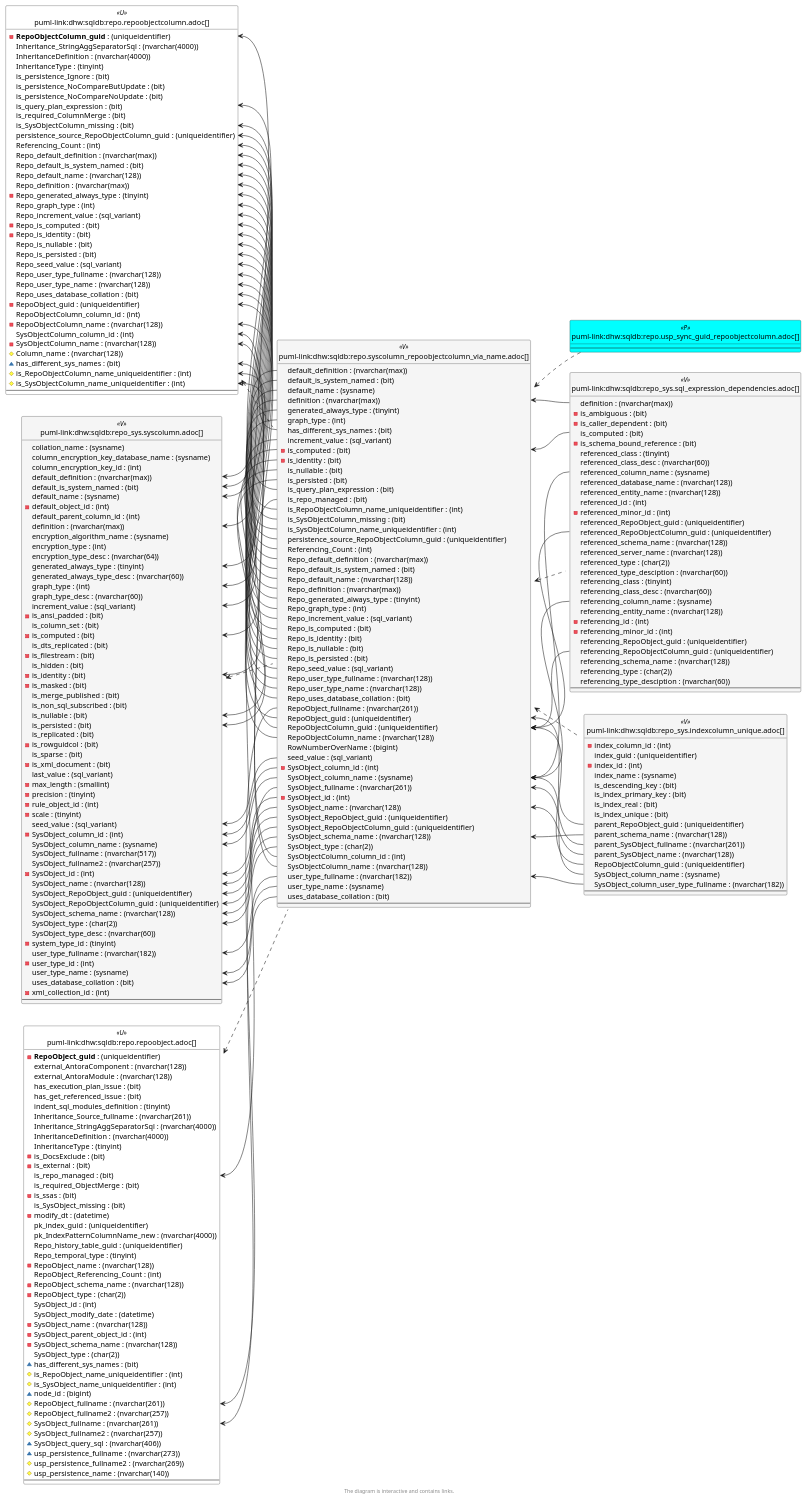
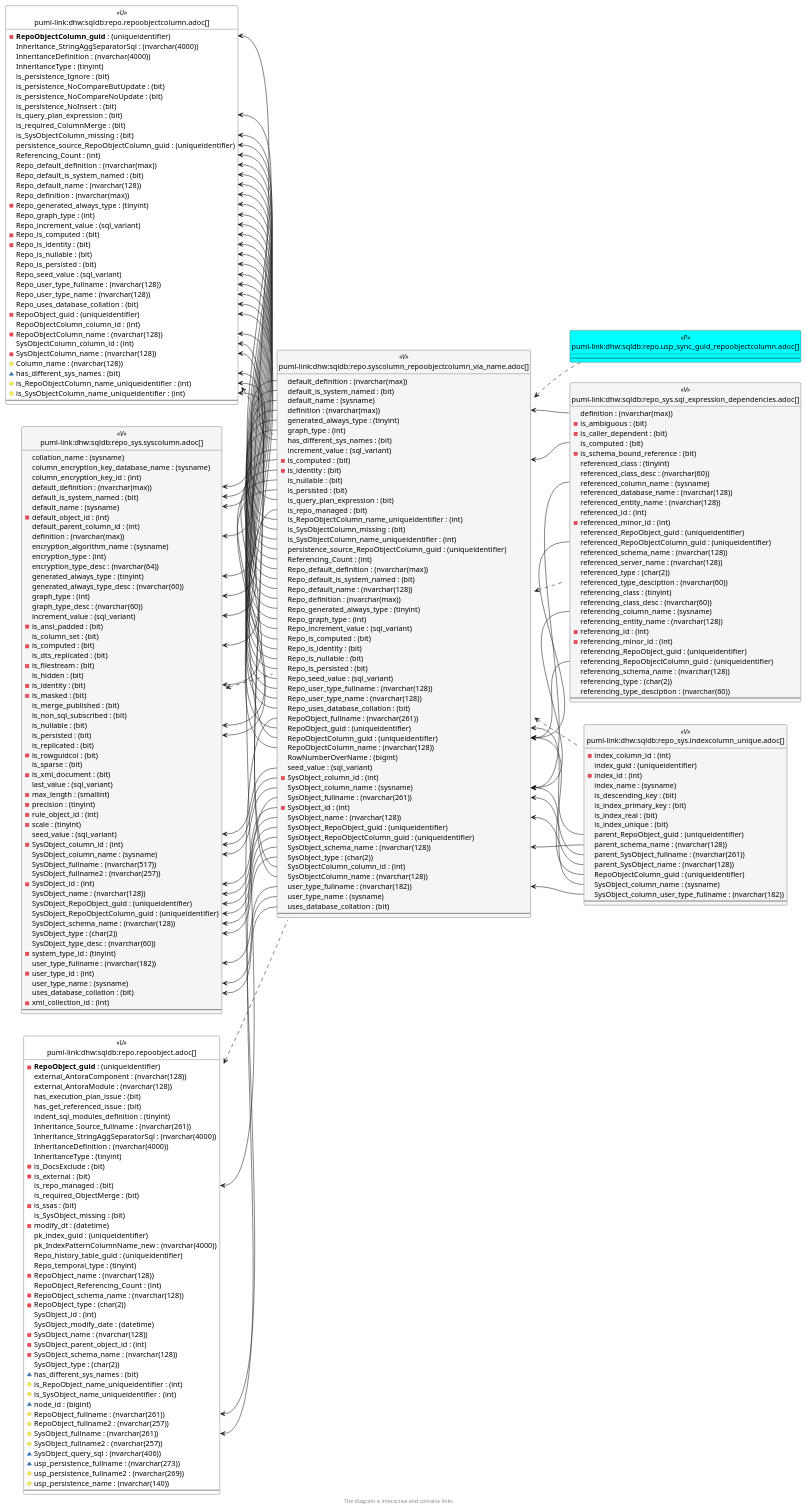
One commit to DataHandwerk/dhw-antora-sqldb changed the sixth of 6 diagrams in docs/modules/sqldb/partials/content/repo.syscolumn_repoobjectcolumn_via_name.adoc. Above: the diagram before and after it, drawn with PlantUML. The commit also changed other lines of this file and 701 other files, not shown here.

```diff
--- a/docs/modules/sqldb/partials/content/repo.syscolumn_repoobjectcolumn_via_name.adoc
+++ b/docs/modules/sqldb/partials/content/repo.syscolumn_repoobjectcolumn_via_name.adoc
@@ -4028,6 +4048,7 @@
   is_persistence_Ignore : (bit)
   is_persistence_NoCompareButUpdate : (bit)
   is_persistence_NoCompareNoUpdate : (bit)
+  is_persistence_NoInsert : (bit)
   is_query_plan_expression : (bit)
   is_required_ColumnMerge : (bit)
   is_SysObjectColumn_missing : (bit)
@@ -4236,9 +4257,9 @@
 
 repo.RepoObject <.. repo.SysColumn_RepoObjectColumn_via_name
 repo.RepoObjectColumn <.. repo.SysColumn_RepoObjectColumn_via_name
+repo.SysColumn_RepoObjectColumn_via_name <.. repo.usp_sync_guid_RepoObjectColumn
 repo.SysColumn_RepoObjectColumn_via_name <.. repo_sys.IndexColumn_unique
 repo.SysColumn_RepoObjectColumn_via_name <.. repo_sys.sql_expression_dependencies
-repo.SysColumn_RepoObjectColumn_via_name <.. repo.usp_sync_guid_RepoObjectColumn
 repo_sys.SysColumn <.. repo.SysColumn_RepoObjectColumn_via_name
 "repo.RepoObject::is_repo_managed" <-- "repo.SysColumn_RepoObjectColumn_via_name::is_repo_managed"
 "repo.RepoObject::RepoObject_fullname" <-- "repo.SysColumn_RepoObjectColumn_via_name::RepoObject_fullname"
@@ -4276,9 +4297,9 @@
 "repo.SysColumn_RepoObjectColumn_via_name::RepoObjectColumn_guid" <-- "repo_sys.IndexColumn_unique::RepoObjectColumn_guid"
 "repo.SysColumn_RepoObjectColumn_via_name::RepoObjectColumn_guid" <-- "repo_sys.sql_expression_dependencies::referenced_RepoObjectColumn_guid"
 "repo.SysColumn_RepoObjectColumn_via_name::RepoObjectColumn_guid" <-- "repo_sys.sql_expression_dependencies::referencing_RepoObjectColumn_guid"
+"repo.SysColumn_RepoObjectColumn_via_name::SysObject_column_name" <-- "repo_sys.IndexColumn_unique::SysObject_column_name"
 "repo.SysColumn_RepoObjectColumn_via_name::SysObject_column_name" <-- "repo_sys.sql_expression_dependencies::referenced_column_name"
 "repo.SysColumn_RepoObjectColumn_via_name::SysObject_column_name" <-- "repo_sys.sql_expression_dependencies::referencing_column_name"
-"repo.SysColumn_RepoObjectColumn_via_name::SysObject_column_name" <-- "repo_sys.IndexColumn_unique::SysObject_column_name"
 "repo.SysColumn_RepoObjectColumn_via_name::SysObject_fullname" <-- "repo_sys.IndexColumn_unique::parent_SysObject_fullname"
 "repo.SysColumn_RepoObjectColumn_via_name::SysObject_name" <-- "repo_sys.IndexColumn_unique::parent_SysObject_name"
 "repo.SysColumn_RepoObjectColumn_via_name::SysObject_schema_name" <-- "repo_sys.IndexColumn_unique::parent_schema_name"
```
